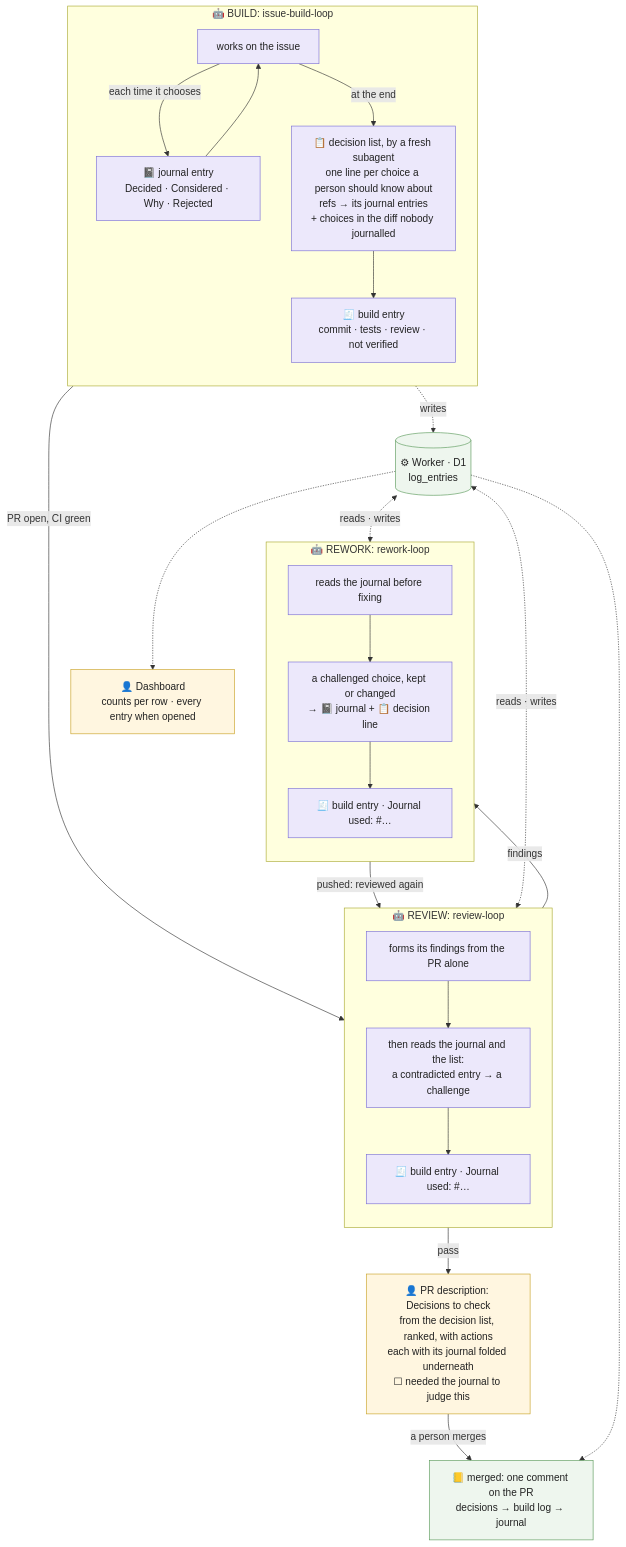
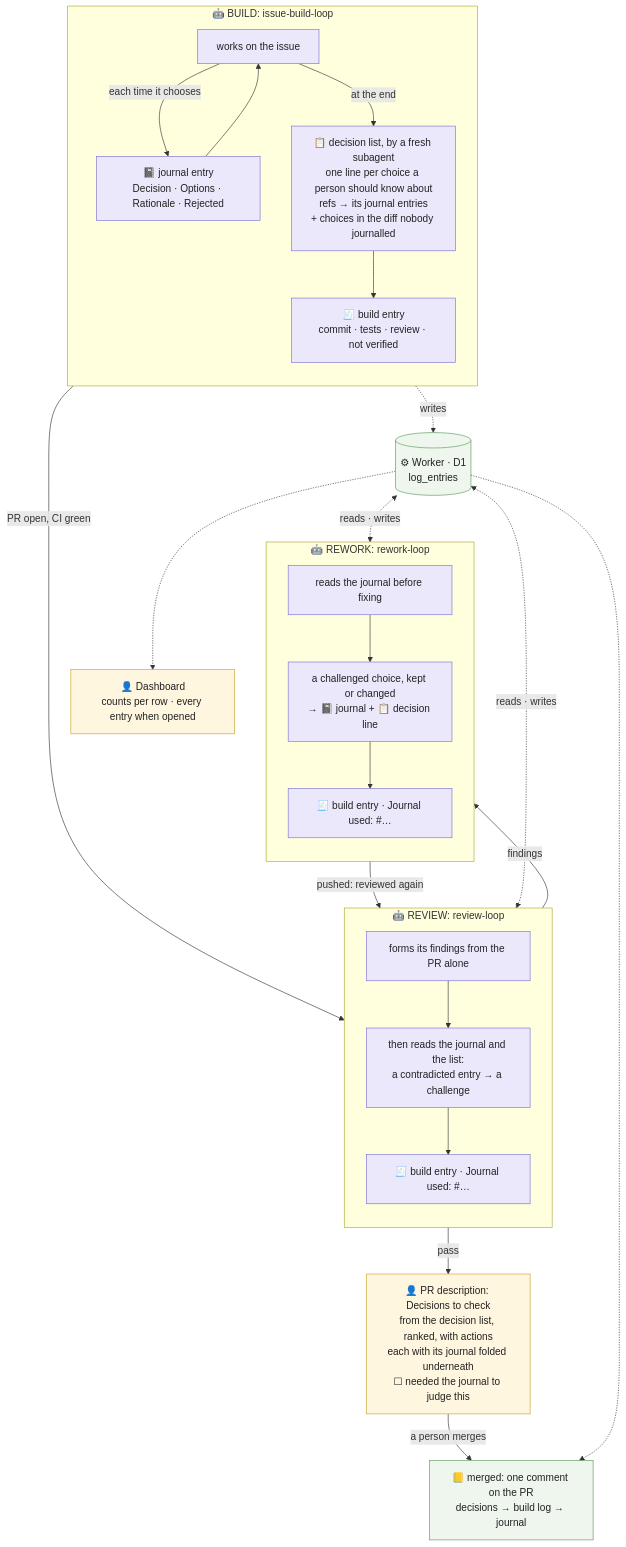
Before and after one commit to hifi-phil/umbraco-mcp-ops: the diagram in docs/agent-orchestration/16-work-log.md, drawn with Mermaid. The commit also changed other lines of this file and 10 other files, not shown here.

First line of the commit message:
docs(work-log): frame the journal as a design decision record

````diff
--- a/docs/agent-orchestration/16-work-log.md
+++ b/docs/agent-orchestration/16-work-log.md
@@ -56,47 +56,47 @@
 ```mermaid
 flowchart TB
     subgraph BUILD["🤖 BUILD: issue-build-loop"]
         direction TB
-        B1["works on the issue"] -- "each time it chooses" --> B2["📓 journal entry<br/>Decided · Considered · Why · Rejected"]
+        B1["works on the issue"] -- "each time it chooses" --> B2["📓 journal entry<br/>Decision · Options · Rationale · Rejected"]
         B2 --> B1
         B1 -- "at the end" --> B4["📋 decision list, by a fresh subagent<br/>one line per choice a person should know about<br/>refs → its journal entries<br/>+ choices in the diff nobody journalled"]
         B4 --> B5["🧾 build entry<br/>commit · tests · review · not verified"]
     end
 
     subgraph REVIEW["🤖 REVIEW: review-loop"]
         direction TB
         R1["forms its findings from the PR alone"] --> R2["then reads the journal and the list:<br/>a contradicted entry → a challenge"]
         R2 --> R4["🧾 build entry · Journal used: #…"]
     end
 
     subgraph REWORK["🤖 REWORK: rework-loop"]
         direction TB
         W1["reads the journal before fixing"] --> W2["a challenged choice, kept or changed<br/>→ 📓 journal + 📋 decision line"]
         W2 --> W3["🧾 build entry · Journal used: #…"]
     end
 
     PRD["👤 PR description: Decisions to check<br/>from the decision list, ranked, with actions<br/>each with its journal folded underneath<br/>☐ needed the journal to judge this"]
     EXP["📒 merged: one comment on the PR<br/>decisions → build log → journal"]
 
     DB[("⚙ Worker · D1<br/>log_entries")]
     DASH["👤 Dashboard<br/>counts per row · every entry when opened"]
 
     BUILD -- "PR open, CI green" --> REVIEW
     REVIEW -- "findings" --> REWORK
     REWORK -- "pushed: reviewed again" --> REVIEW
     REVIEW -- "pass" --> PRD
     PRD -- "a person merges" --> EXP
 
     BUILD -. "writes" .-> DB
     DB <-. "reads · writes" .-> REVIEW
     DB <-. "reads · writes" .-> REWORK
     DB -.-> DASH
     DB -.-> EXP
 
     classDef agent fill:#ece8fb,stroke:#7b6fd6,color:#222
     classDef det fill:#eef6ee,stroke:#5a9a5a,color:#222
     classDef person fill:#fff6e0,stroke:#c9a227,color:#222
     class B1,B2,B4,B5,R1,R2,R4,W1,W2,W3 agent
     class DB,EXP det
     class PRD,DASH person
 ```
````
